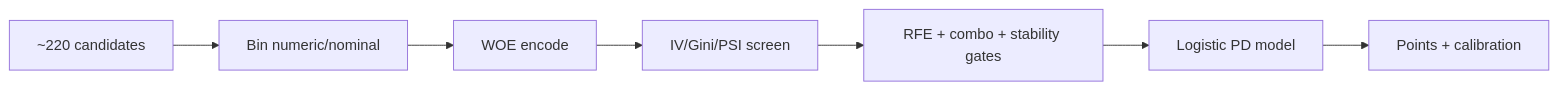
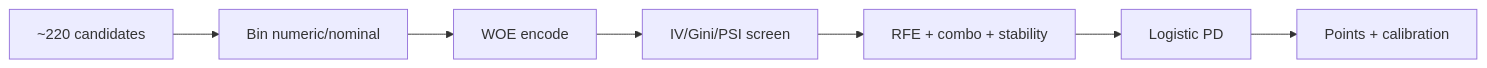
Before and after one commit to giangphuongtran/scorecard-builder: the diagram in README.md, drawn with Mermaid. The commit also changed other lines of this file and 1 other file, not shown here.

````diff
--- a/README.md
+++ b/README.md
@@ -88,9 +41,9 @@
 ```mermaid
 flowchart LR
   candidates["~220 candidates"] --> bin["Bin numeric/nominal"]
   bin --> woe["WOE encode"]
   woe --> screen["IV/Gini/PSI screen"]
-  screen --> select["RFE + combo + stability gates"]
-  select --> logit["Logistic PD model"]
+  screen --> select["RFE + combo + stability"]
+  select --> logit["Logistic PD"]
   logit --> points["Points + calibration"]
 ```
````
